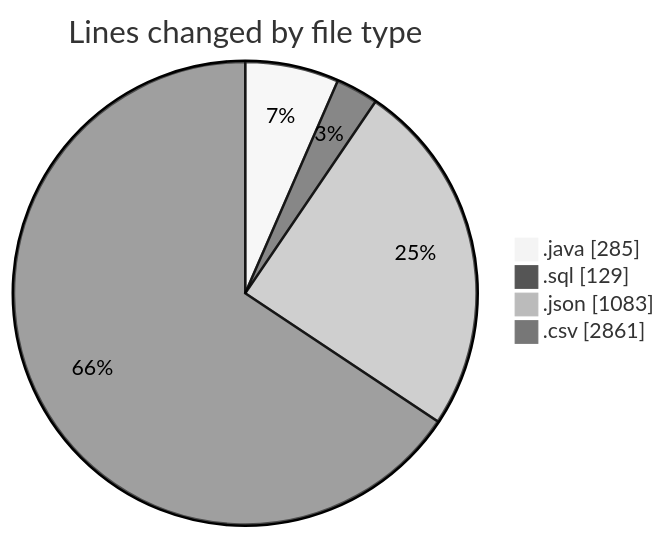
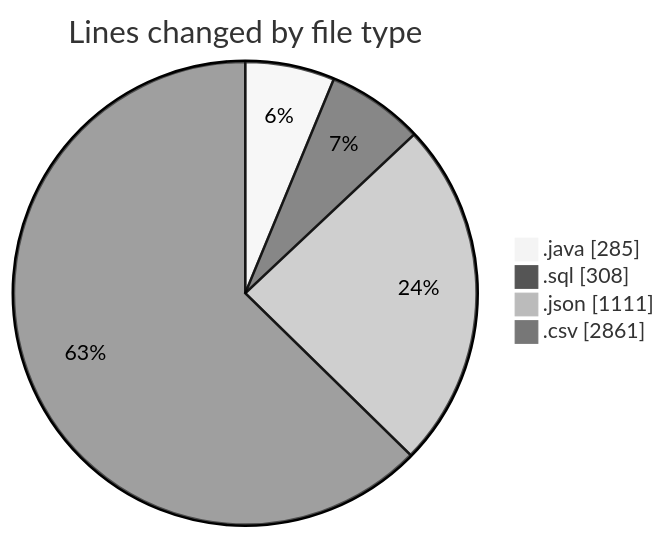
Before and after one commit to ricardozamudiocil/code-tracking: the first of 2 diagrams in 2026-06-02/cilapp/README.md, drawn with Mermaid (neutral theme). The commit also changed other lines of this file and 1 other file, not shown here.

````diff
--- a/2026-06-02/cilapp/README.md
+++ b/2026-06-02/cilapp/README.md
@@ -25,8 +29,8 @@
 ```mermaid
 pie showData
 title Lines changed by file type
 ".java" : 285
-".sql" : 129
-".json" : 1083
+".sql" : 308
+".json" : 1111
 ".csv" : 2861
 ```
````
